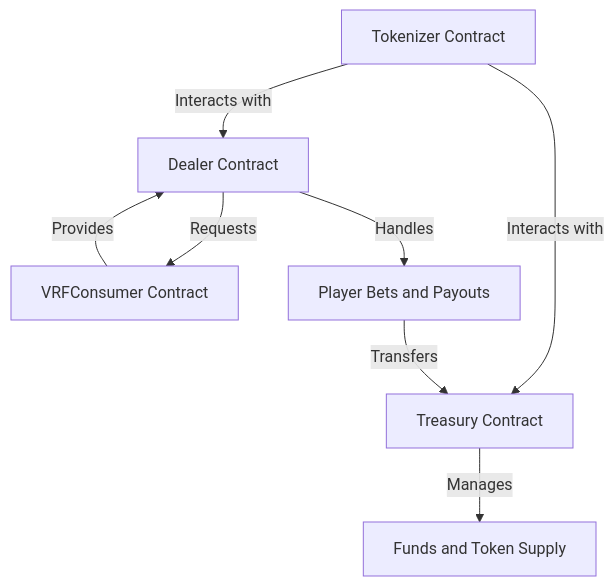
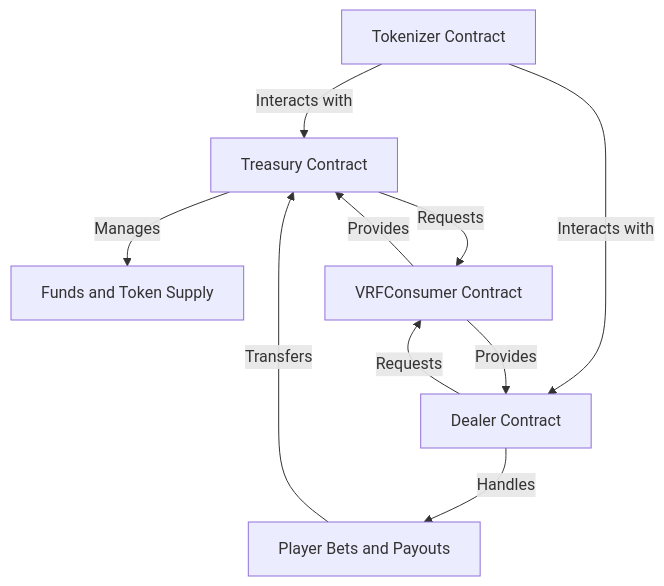
The diagram in documentation/whitepaper.md (EstebanFlorence/Tokenizer), drawn with Mermaid before and after one commit. The commit also changed other lines of this file and 3 other files, not shown here.

````diff
--- a/documentation/whitepaper.md
+++ b/documentation/whitepaper.md
@@ -151,10 +151,12 @@
 ```mermaid
 graph TD
 	A[Tokenizer Contract] -->|Interacts with| B[Treasury Contract]
 	A -->|Interacts with| C[Dealer Contract]
 	B -->|Manages| D[Funds and Token Supply]
 	C -->|Requests| E[VRFConsumer Contract]
+	B -->|Requests| E
 	E -->|Provides| C
+	E -->|Provides| B
 	C -->|Handles| F[Player Bets and Payouts]
 	F -->|Transfers| B
 ```
````
